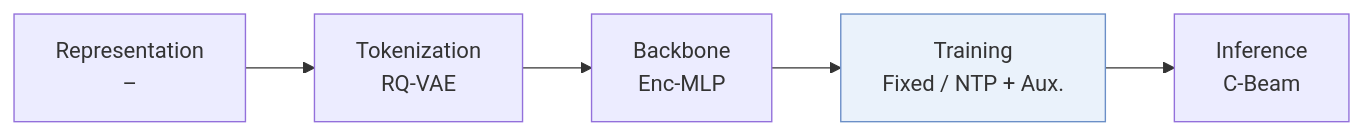
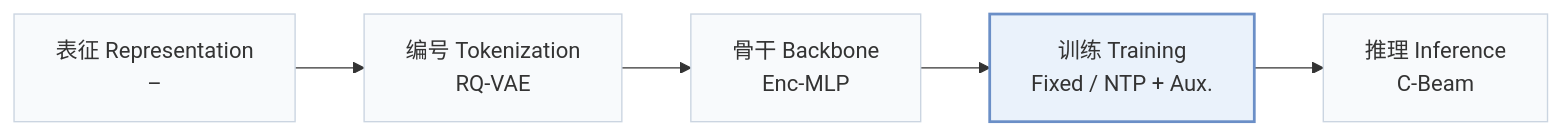
The first of 2 diagrams in pages/zh/papers/musid-kd.md (Galaxy-ghost/Awesome-SID-Generative-Rec), drawn with Mermaid before and after one commit. The commit also changed other lines of this file and 649 other files, not shown here.

Commit message:
writer-05: also tags and modality index (schema, check, build, visuals); summary field removed; calibration data for 12 papers

````diff
--- a/pages/zh/papers/musid-kd.md
+++ b/pages/zh/papers/musid-kd.md
@@ -13,6 +15,8 @@
 ```mermaid
 flowchart LR
-    R["Representation<br/>–"] --> T["Tokenization<br/>RQ-VAE"] --> B["Backbone<br/>Enc-MLP"] --> TR["Training<br/>Fixed / NTP + Aux."] --> I["Inference<br/>C-Beam"]
-    classDef main fill:#eaf2fb,stroke:#6b8fc7
+    R["表征 Representation<br/>–"] --> T["编号 Tokenization<br/>RQ-VAE"] --> B["骨干 Backbone<br/>Enc-MLP"] --> TR["训练 Training<br/>Fixed / NTP + Aux."] --> I["推理 Inference<br/>C-Beam"]
+    classDef base fill:#f8fafc,stroke:#cbd5e1
+    class R,T,B,TR,I base
+    classDef main fill:#eaf2fb,stroke:#6b8fc7,stroke-width:2px
     class TR main
 ```
````
